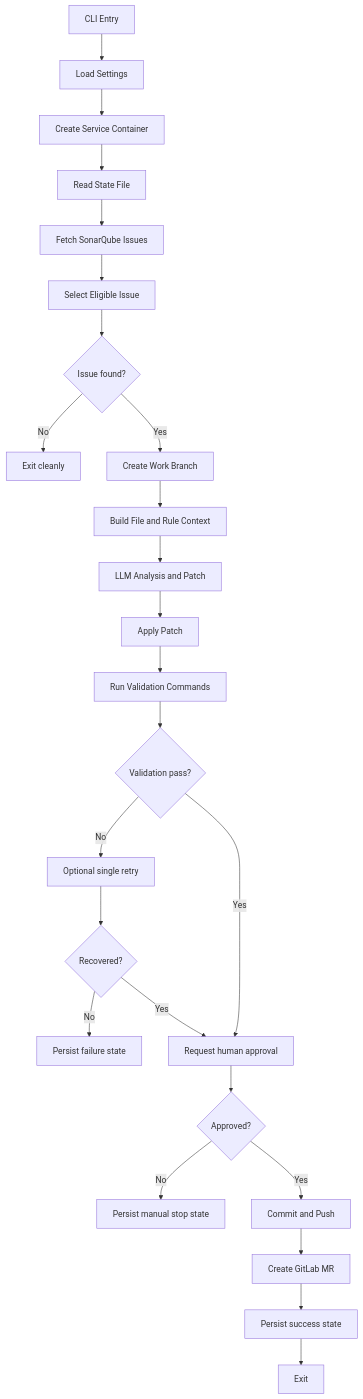
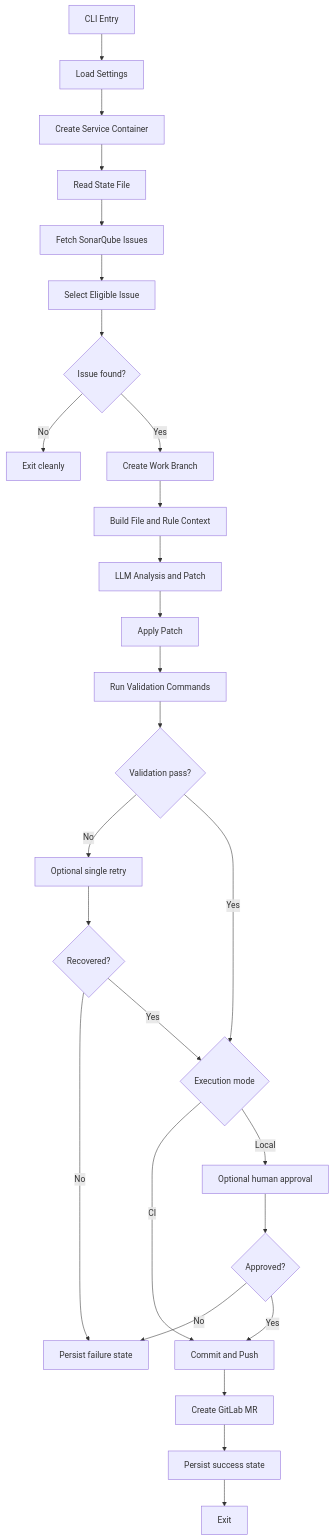
One commit to JustinMelger/ZeroOne-ops changed the first of 2 diagrams in docs/technical-design.md. Above: the diagram before and after it, drawn with Mermaid. The commit also changed other lines of this file and 2 other files, not shown here.

````diff
--- a/docs/technical-design.md
+++ b/docs/technical-design.md
@@ -120,27 +120,29 @@
 ```mermaid
 flowchart TD
     A[CLI Entry] --> B[Load Settings]
     B --> C[Create Service Container]
     C --> D[Read State File]
     D --> E[Fetch SonarQube Issues]
     E --> F[Select Eligible Issue]
     F --> G{Issue found?}
     G -- No --> H[Exit cleanly]
     G -- Yes --> I[Create Work Branch]
     I --> J[Build File and Rule Context]
     J --> K[LLM Analysis and Patch]
     K --> L[Apply Patch]
     L --> M[Run Validation Commands]
     M --> N{Validation pass?}
     N -- No --> O[Optional single retry]
     O --> P{Recovered?}
     P -- No --> Q[Persist failure state]
-    N -- Yes --> R[Request human approval]
+    N -- Yes --> R{Execution mode}
     P -- Yes --> R
-    R --> S{Approved?}
-    S -- No --> T[Persist manual stop state]
-    S -- Yes --> U[Commit and Push]
+    R -- CI --> U[Commit and Push]
+    R -- Local --> S[Optional human approval]
+    S --> T{Approved?}
+    T -- No --> Q
+    T -- Yes --> U
     U --> V[Create GitLab MR]
     V --> W[Persist success state]
     W --> X[Exit]
 ```
````
